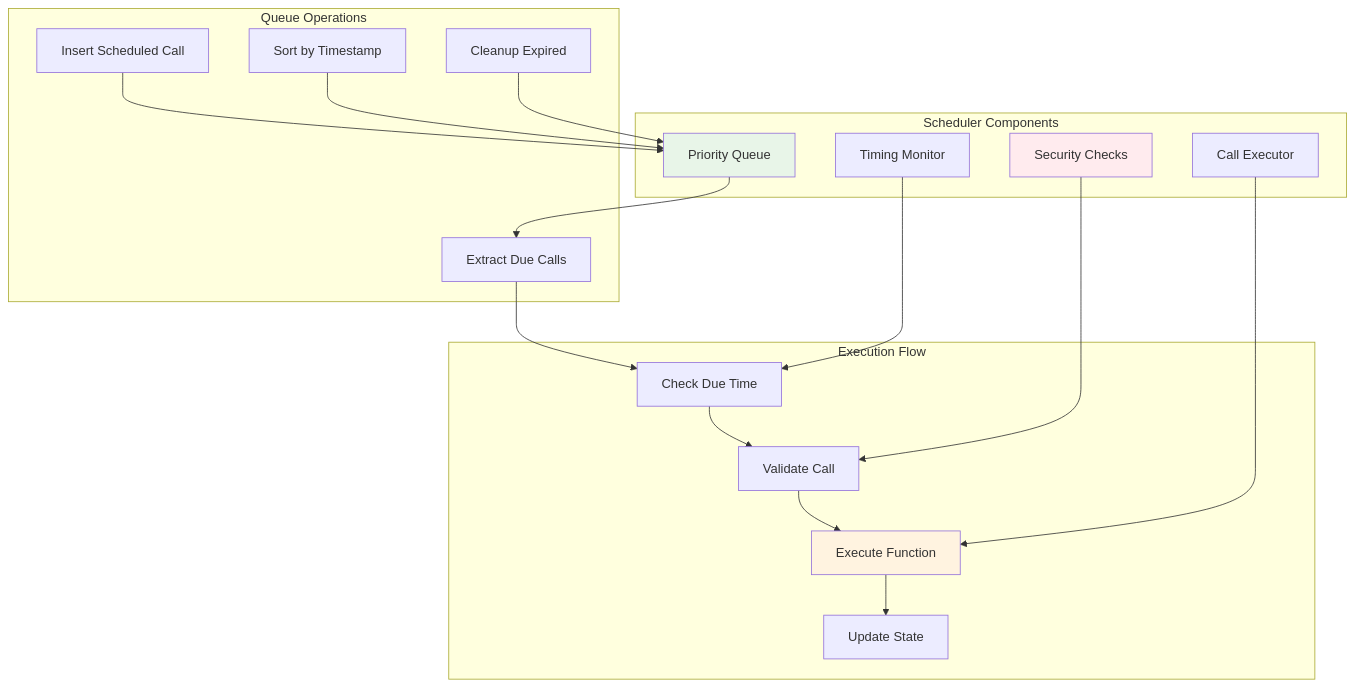
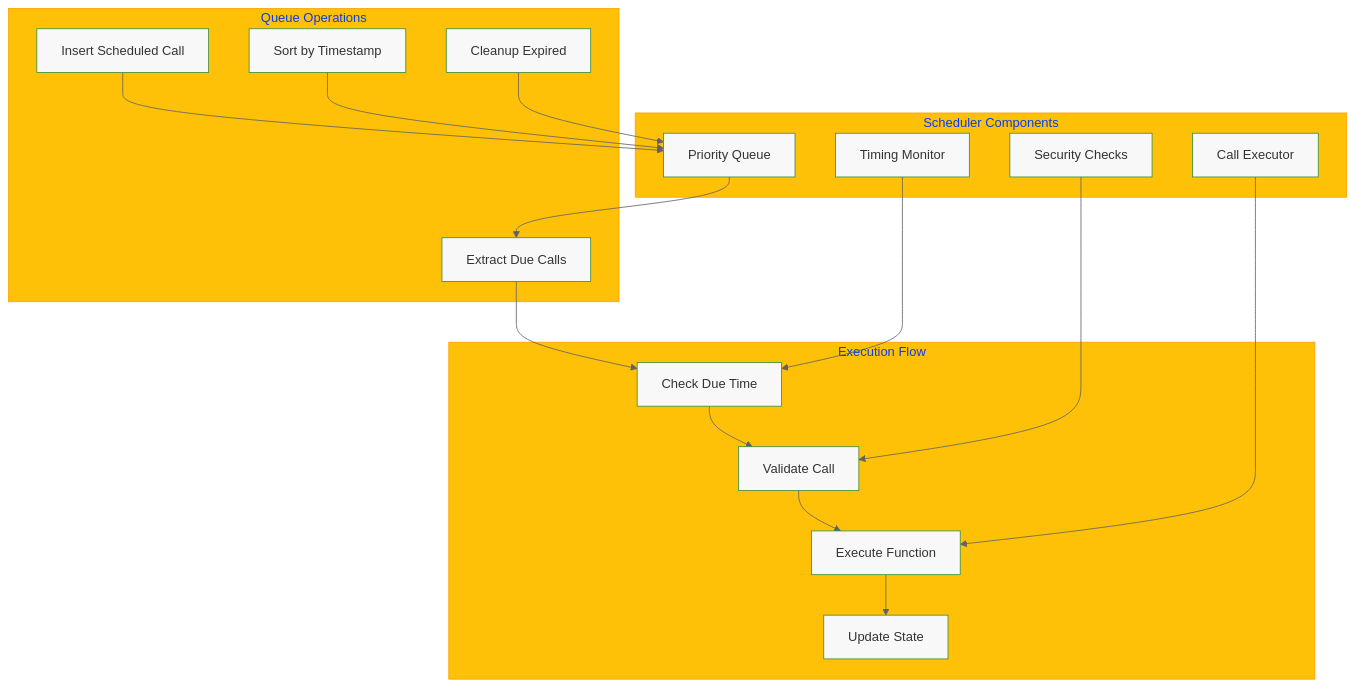
Before and after one commit to nshkrdotcom/ChronoLedger: the seventh of 10 diagrams in docs/architecture.md, drawn with Mermaid. The commit also changed other lines of this file and 6 other files, not shown here.

````diff
--- a/docs/architecture.md
+++ b/docs/architecture.md
@@ -355,42 +400,49 @@
 ```mermaid
+%%{init: {'theme': 'base', 'themeVariables': {
+    'primaryColor': '#4CAF50',
+    'primaryBorderColor': '#388E3C',
+    'secondaryColor': '#2196F3',
+    'secondaryBorderColor': '#1976D2',
+    'tertiaryColor': '#FFC107',
+    'tertiaryBorderColor': '#FFA000',
+    'lineColor': '#616161',
+    'textColor': '#212121',
+    'mainBkg': '#F8F8F8'
+}}}%%
 graph TD
     subgraph "Scheduler Components"
         QUEUE[Priority Queue]
         EXECUTOR[Call Executor]
         MONITOR[Timing Monitor]
         SECURITY[Security Checks]
     end
     
     subgraph "Queue Operations"
         INSERT[Insert Scheduled Call]
         SORT[Sort by Timestamp]
         EXTRACT[Extract Due Calls]
         CLEANUP[Cleanup Expired]
     end
     
     subgraph "Execution Flow"
         CHECK[Check Due Time]
         VALIDATE[Validate Call]
         EXECUTE[Execute Function]
         UPDATE[Update State]
     end
     
     INSERT --> QUEUE
     SORT --> QUEUE
     QUEUE --> EXTRACT
     EXTRACT --> CHECK
     
     CHECK --> VALIDATE
     VALIDATE --> EXECUTE
     EXECUTE --> UPDATE
     
     MONITOR --> CHECK
     SECURITY --> VALIDATE
     EXECUTOR --> EXECUTE
     
     CLEANUP --> QUEUE
-    
-    style QUEUE fill:#e8f5e8
-    style EXECUTE fill:#fff3e0
-    style SECURITY fill:#ffebee
 ```
````
